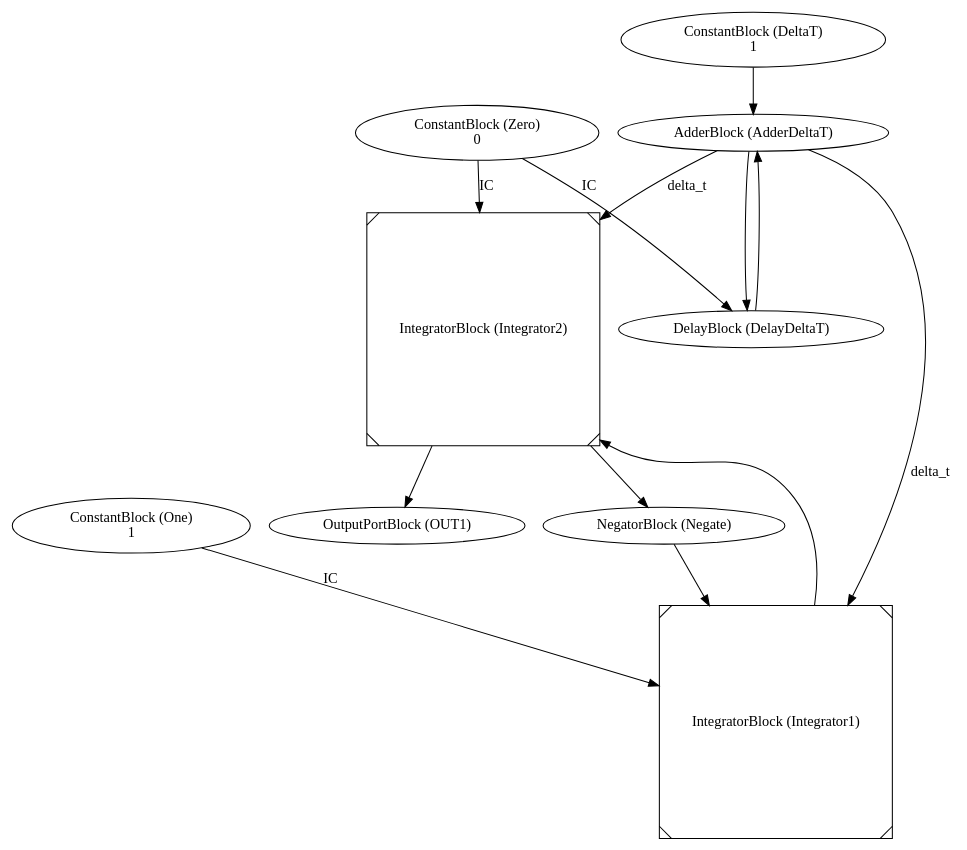
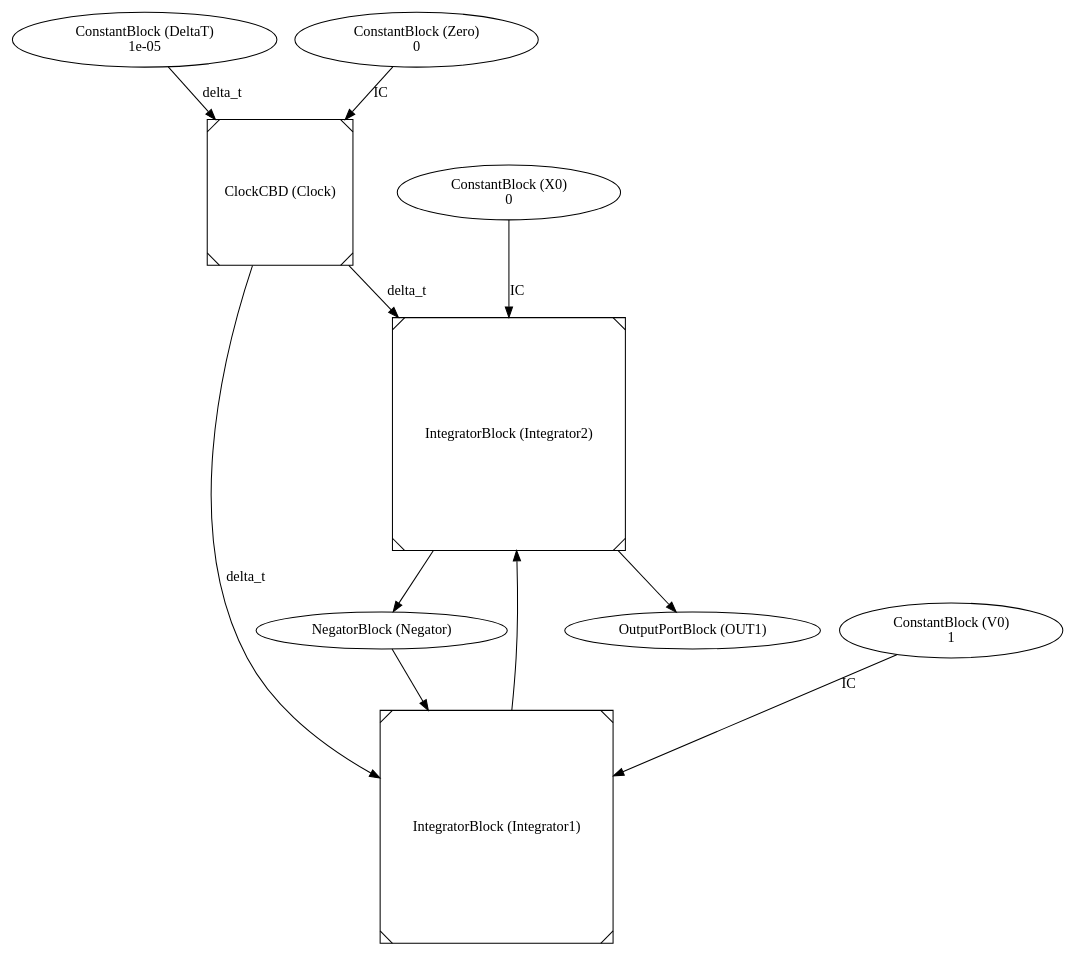
Before and after one commit to desmetr/MoSIS: the diagram in 3CBD Continuous/CBD/CBD_A.dot, drawn with Graphviz. The commit also changed 4 other files, not shown here.

```diff
--- a/3CBD Continuous/CBD/CBD_A.dot
+++ b/3CBD Continuous/CBD/CBD_A.dot
@@ -1,24 +1,22 @@
 digraph graphname
 {OUT1 [label="OutputPortBlock (OUT1)"];
 Integrator2 -> OUT1 [label=""];
+Clock [label="ClockCBD (Clock)",shape=Msquare];
+DeltaT -> Clock [label="delta_t"];
+Zero -> Clock [label="IC"];
 Zero [label="ConstantBlock (Zero)\n0"];
-One [label="ConstantBlock (One)\n1"];
-DeltaT [label="ConstantBlock (DeltaT)\n1"];
-Negate [label="NegatorBlock (Negate)"];
-Integrator2 -> Negate [label=""];
+DeltaT [label="ConstantBlock (DeltaT)\n1e-05"];
+Negator [label="NegatorBlock (Negator)"];
+Integrator2 -> Negator [label=""];
 Integrator1 [label="IntegratorBlock (Integrator1)",shape=Msquare];
-AdderDeltaT -> Integrator1 [label="delta_t"];
-One -> Integrator1 [label="IC"];
-Negate -> Integrator1 [label=""];
+Clock -> Integrator1 [label="delta_t"];
+V0 -> Integrator1 [label="IC"];
+Negator -> Integrator1 [label=""];
 Integrator2 [label="IntegratorBlock (Integrator2)",shape=Msquare];
-AdderDeltaT -> Integrator2 [label="delta_t"];
-Zero -> Integrator2 [label="IC"];
+Clock -> Integrator2 [label="delta_t"];
+X0 -> Integrator2 [label="IC"];
 Integrator1 -> Integrator2 [label=""];
-DelayDeltaT [label="DelayBlock (DelayDeltaT)"];
-Zero -> DelayDeltaT [label="IC"];
-AdderDeltaT -> DelayDeltaT [label=""];
-AdderDeltaT [label="AdderBlock (AdderDeltaT)"];
-DelayDeltaT -> AdderDeltaT [label=""];
-DeltaT -> AdderDeltaT [label=""];
+X0 [label="ConstantBlock (X0)\n0"];
+V0 [label="ConstantBlock (V0)\n1"];
 
 }
```
